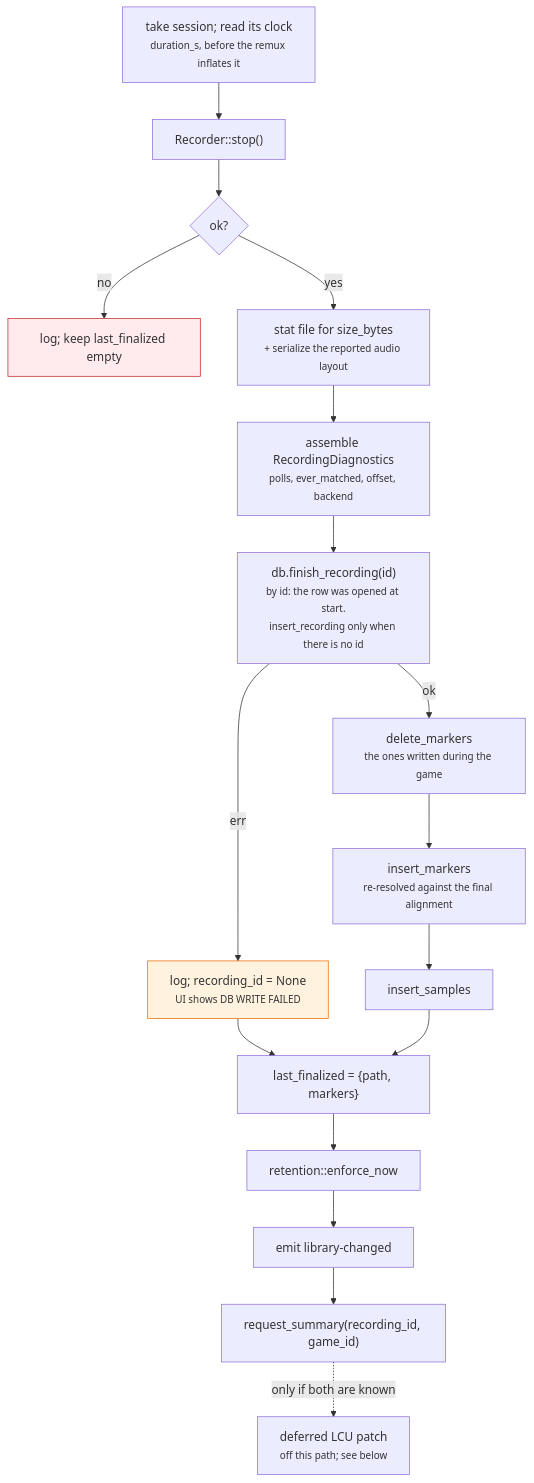
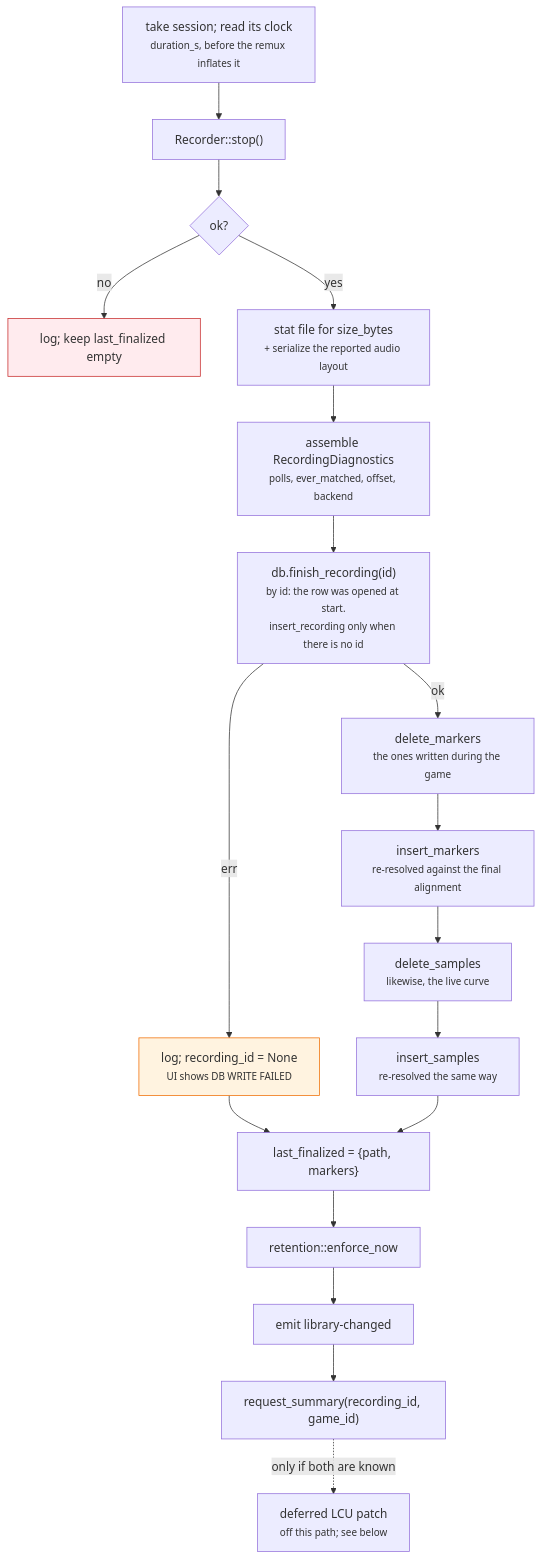
The fifth of 8 diagrams in docs/recording-pipeline.md (NinjaGoldfinch/ninja-recorder), drawn with Mermaid before and after one commit. The commit also changed other lines of this file and 6 other files, not shown here.

````diff
--- a/docs/recording-pipeline.md
+++ b/docs/recording-pipeline.md
@@ -466,21 +470,22 @@
 ```mermaid
 flowchart TB
     S["take session; read its clock<br/><small>duration_s, before the remux inflates it</small>"] --> A["Recorder::stop()"]
     A --> B{"ok?"}
     B -->|"no"| Z["log; keep last_finalized empty"]
     B -->|"yes"| C["stat file for size_bytes<br/><small>+ serialize the reported audio layout</small>"]
     C --> D2["assemble RecordingDiagnostics<br/><small>polls, ever_matched, offset, backend</small>"]
     D2 --> D["db.finish_recording(id)<br/><small>by id: the row was opened at start.<br/>insert_recording only when there is no id</small>"]
     D -->|"err"| E["log; recording_id = None<br/><small>UI shows DB WRITE FAILED</small>"]
     D -->|"ok"| F0["delete_markers<br/><small>the ones written during the game</small>"]
     F0 --> F["insert_markers<br/><small>re-resolved against the final alignment</small>"]
-    F --> G["insert_samples"]
+    F --> F1["delete_samples<br/><small>likewise, the live curve</small>"]
+    F1 --> G["insert_samples<br/><small>re-resolved the same way</small>"]
     E --> H
     G --> H["last_finalized = {path, markers}"]
     H --> I["retention::enforce_now"]
     I --> J["emit library-changed"]
     J --> K["request_summary(recording_id, game_id)"]
     K -.->|"only if both are known"| L["deferred LCU patch<br/><small>off this path; see below</small>"]
     style Z fill:#ffebee,stroke:#c62828
     style E fill:#fff3e0,stroke:#ef6c00
 ```
````
